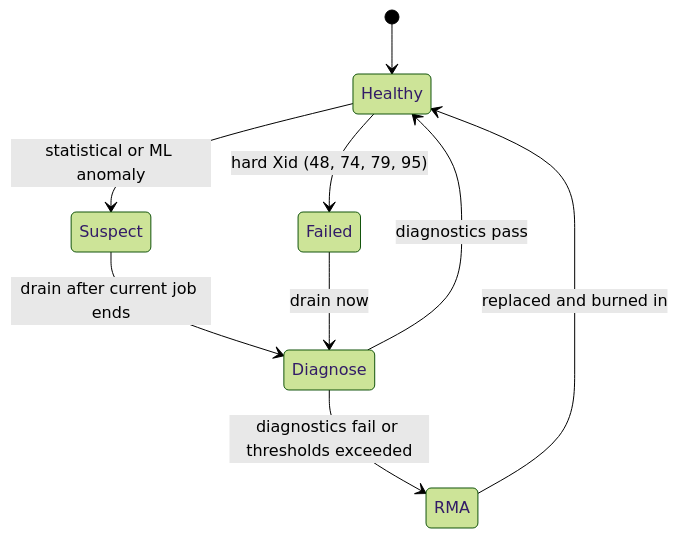
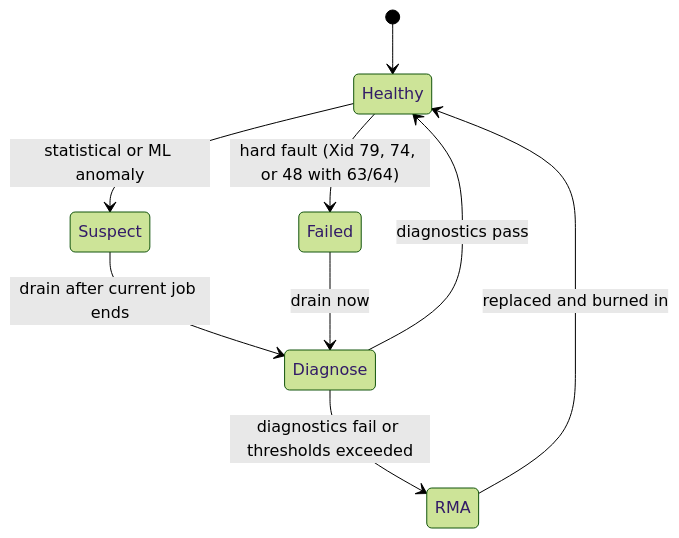
The third of 3 diagrams in course/04-case-studies/C13-gpu-cluster-telemetry.md (MSKazemi/system-design-course), drawn with Mermaid (forest theme) before and after one commit. The commit also changed other lines of this file and 108 other files, not shown here.

````diff
--- a/course/04-case-studies/C13-gpu-cluster-telemetry.md
+++ b/course/04-case-studies/C13-gpu-cluster-telemetry.md
@@ -332,11 +338,11 @@
 ```mermaid
 stateDiagram-v2
   [*] --> Healthy
   Healthy --> Suspect: statistical or ML anomaly
-  Healthy --> Failed: hard Xid (48, 74, 79, 95)
+  Healthy --> Failed: hard fault (Xid 79, 74, or 48 with 63/64)
   Suspect --> Diagnose: drain after current job ends
   Failed --> Diagnose: drain now
   Diagnose --> Healthy: diagnostics pass
   Diagnose --> RMA: diagnostics fail or thresholds exceeded
   RMA --> Healthy: replaced and burned in
 ```
````
